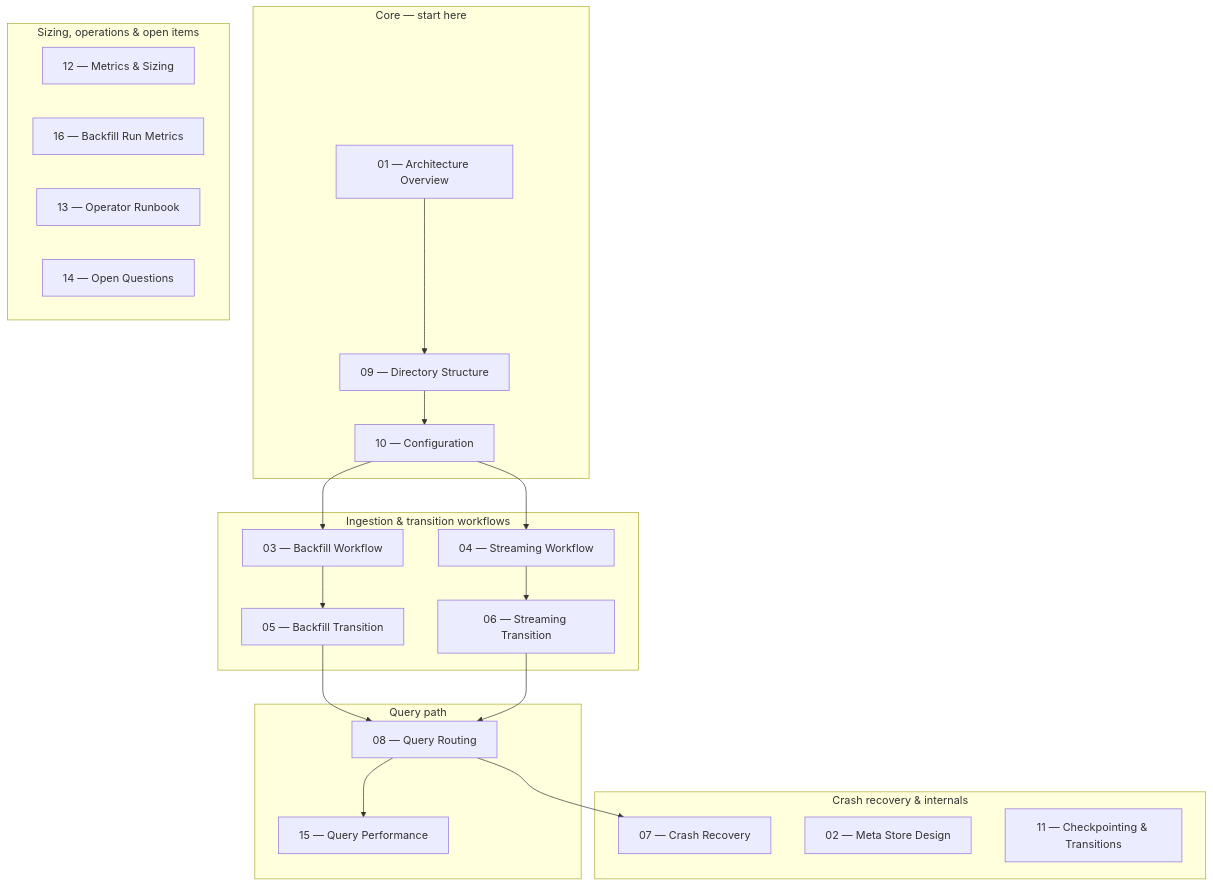
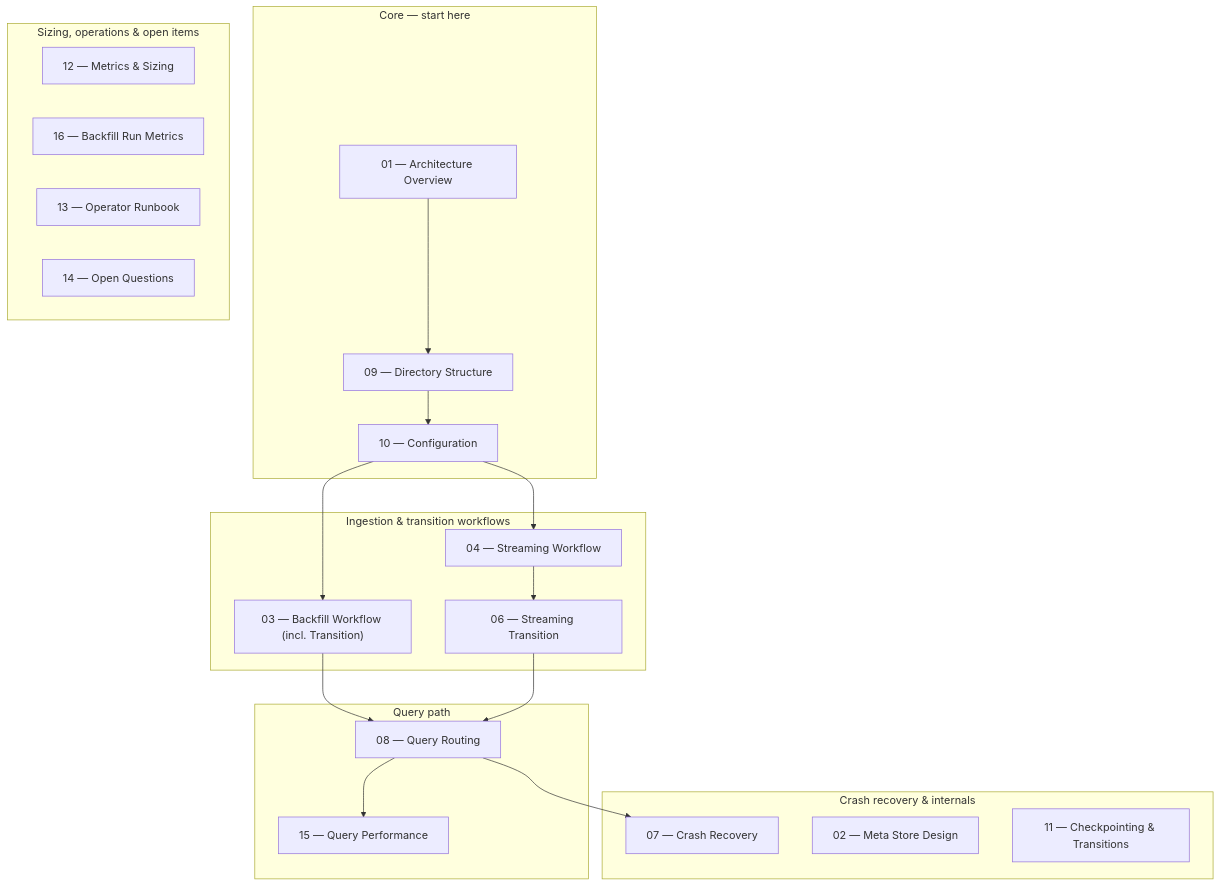
One commit to stellar/stellar-rpc changed the second of 2 diagrams in full-history/design-docs/README.md. Above: the diagram before and after it, drawn with Mermaid. The commit also changed other lines of this file and 12 other files, not shown here.

First line of the commit message:
Reframe backfill workflow as DAG of idempotent tasks

````diff
--- a/full-history/design-docs/README.md
+++ b/full-history/design-docs/README.md
@@ -196,33 +196,33 @@
 ```mermaid
 flowchart TD
     subgraph core ["Core — start here"]
         A["01 — Architecture Overview"] --> B["09 — Directory Structure"]
         B --> C["10 — Configuration"]
     end
 
     subgraph workflows ["Ingestion & transition workflows"]
-        D["03 — Backfill Workflow"] --> F["05 — Backfill Transition"]
+        D["03 — Backfill Workflow (incl. Transition)"]
         E["04 — Streaming Workflow"] --> G["06 — Streaming Transition"]
     end
 
     subgraph query ["Query path"]
         I["08 — Query Routing"] --> P["15 — Query Performance"]
     end
 
     subgraph recovery ["Crash recovery & internals"]
         H["07 — Crash Recovery"]
         J["02 — Meta Store Design"]
         K["11 — Checkpointing & Transitions"]
     end
 
     subgraph ops ["Sizing, operations & open items"]
         L["12 — Metrics & Sizing"]
         O["16 — Backfill Run Metrics"]
         M["13 — Operator Runbook"]
         N["14 — Open Questions"]
     end
 
     C --> D & E
-    F & G --> I
+    D & G --> I
     I --> H
 ```
````
